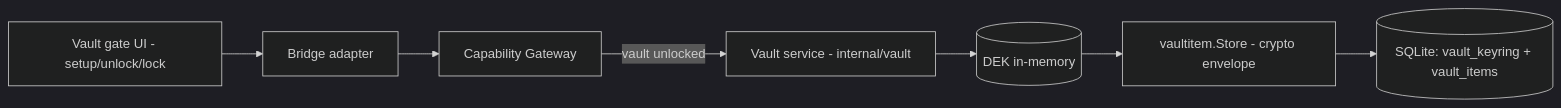
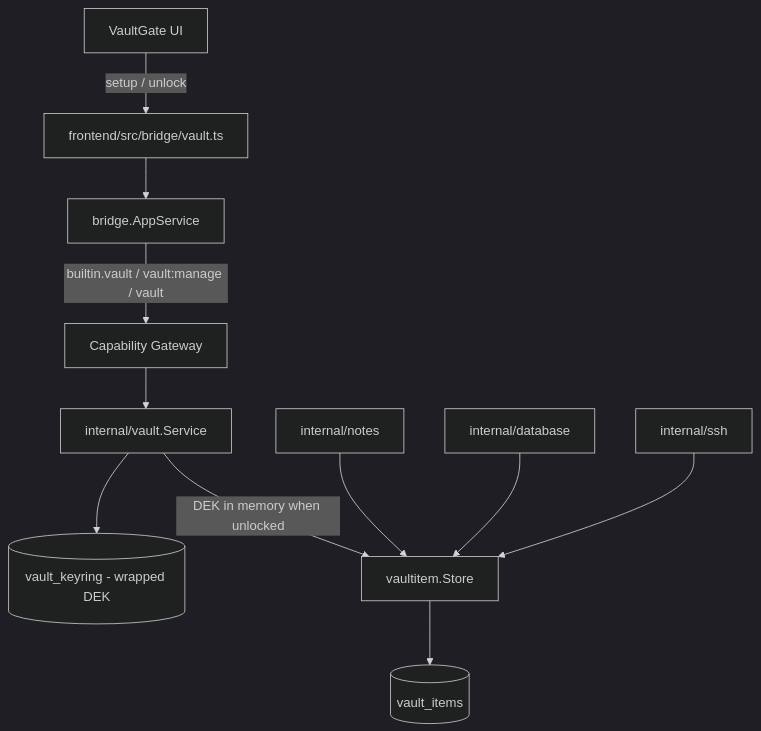
Before and after one commit to syurodev/base: the diagram in content/projects/dev-kit/vault.mdx, drawn with Mermaid (dark theme). The commit also changed other lines of this file and 1 other file, not shown here.

First line of the commit message:
docs(dev-kit): align vault and notes pages with current code flows

````diff
--- a/content/projects/dev-kit/vault.mdx
+++ b/content/projects/dev-kit/vault.mdx
@@ -10,9 +18,14 @@
 ```mermaid
-flowchart LR
-  UI[Vault gate UI - setup/unlock/lock] --> Bridge[Bridge adapter]
-  Bridge --> GW[Capability Gateway]
-  GW -->|vault unlocked| CORE[Vault service - internal/vault]
-  CORE --> DEK[(DEK in-memory)]
-  DEK --> SUB[vaultitem.Store - crypto envelope]
-  SUB --> DB[(SQLite: vault_keyring + vault_items)]
+flowchart TD
+  GATE[VaultGate UI]
+  GATE -->|setup / unlock| BR[frontend/src/bridge/vault.ts]
+  BR --> AS[bridge.AppService]
+  AS -->|builtin.vault / vault:manage / vault| GW[Capability Gateway]
+  GW --> VS[internal/vault.Service]
+  VS --> KR[(vault_keyring - wrapped DEK)]
+  VS -->|DEK in memory when unlocked| STORE[vaultitem.Store]
+  STORE --> ITEMS[(vault_items)]
+  NOTES[internal/notes] --> STORE
+  DB[internal/database] --> STORE
+  SSH[internal/ssh] --> STORE
 ```
````
